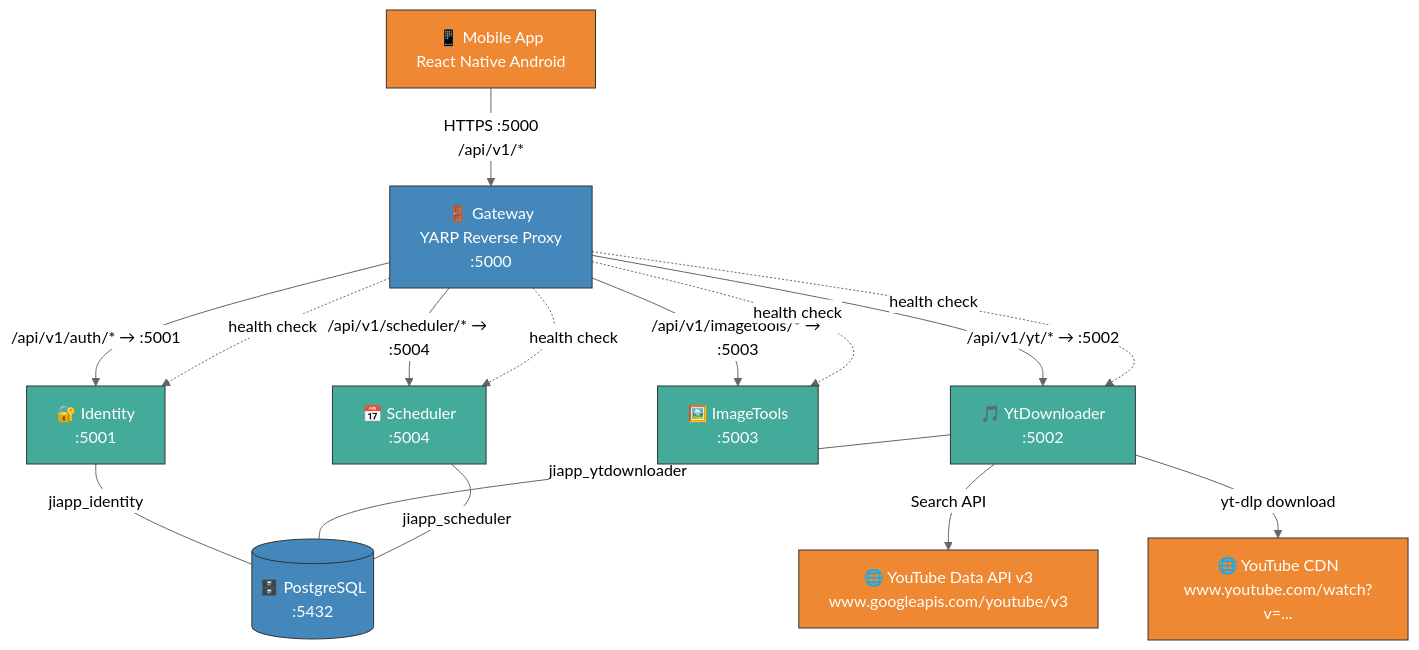
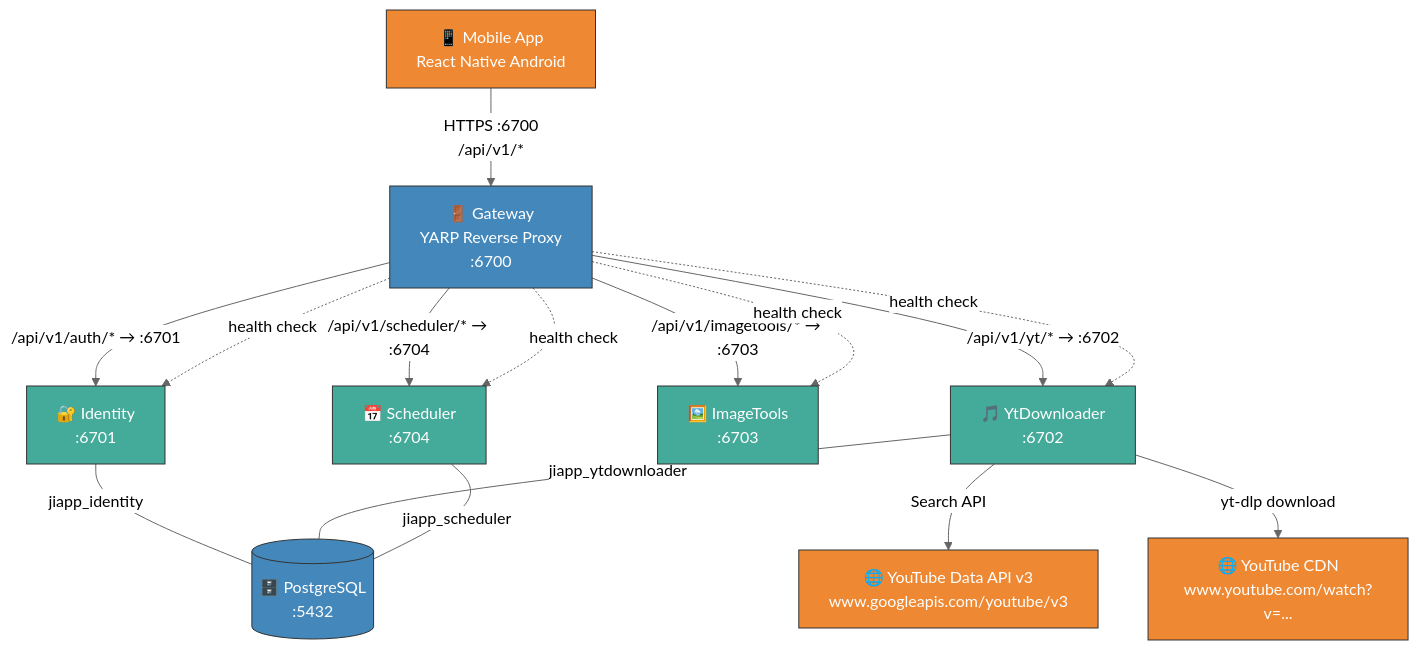
The diagram in URLS.md (JakubIwicki/JiApp), drawn with Mermaid (neutral theme) before and after one commit. The commit also changed other lines of this file and 33 other files, not shown here.

First line of the commit message:
feat: remap ports 50xx→67xx, HTTPS everywhere, YARP SSL bypass

````diff
--- a/URLS.md
+++ b/URLS.md
@@ -9,49 +9,49 @@
 ```mermaid
 graph TD
     %% External
     Mobile["📱 Mobile App<br/>React Native Android"]
     YouTube["🌐 YouTube Data API v3<br/>www.googleapis.com/youtube/v3"]
     YtDlp["🌐 YouTube CDN<br/>www.youtube.com/watch?v=..."]
 
     %% Infrastructure
     PG[("🗄️ PostgreSQL<br/>:5432")]
-    GW["🚪 Gateway<br/>YARP Reverse Proxy<br/>:5000"]
+    GW["🚪 Gateway<br/>YARP Reverse Proxy<br/>:6700"]
 
     %% Services
-    ID["🔐 Identity<br/>:5001"]
-    YT["🎵 YtDownloader<br/>:5002"]
-    IMG["🖼️ ImageTools<br/>:5003"]
-    SCH["📅 Scheduler<br/>:5004"]
+    ID["🔐 Identity<br/>:6701"]
+    YT["🎵 YtDownloader<br/>:6702"]
+    IMG["🖼️ ImageTools<br/>:6703"]
+    SCH["📅 Scheduler<br/>:6704"]
 
     %% Mobile → Gateway
-    Mobile -->|"HTTPS :5000<br/>/api/v1/*"| GW
+    Mobile -->|"HTTPS :6700<br/>/api/v1/*"| GW
 
     %% Gateway → Downstream (YARP routes)
-    GW -->|"/api/v1/auth/* → :5001"| ID
-    GW -->|"/api/v1/yt/* → :5002"| YT
-    GW -->|"/api/v1/imagetools/* → :5003"| IMG
-    GW -->|"/api/v1/scheduler/* → :5004"| SCH
+    GW -->|"/api/v1/auth/* → :6701"| ID
+    GW -->|"/api/v1/yt/* → :6702"| YT
+    GW -->|"/api/v1/imagetools/* → :6703"| IMG
+    GW -->|"/api/v1/scheduler/* → :6704"| SCH
 
     %% Gateway health probes
     GW -.->|"health check"| ID
     GW -.->|"health check"| YT
     GW -.->|"health check"| IMG
     GW -.->|"health check"| SCH
 
     %% Service → DB
     ID ---|"jiapp_identity"| PG
     YT ---|"jiapp_ytdownloader"| PG
     SCH ---|"jiapp_scheduler"| PG
 
     %% External calls
     YT -->|"Search API"| YouTube
     YT -->|"yt-dlp download"| YtDlp
 
     %% Styling
     classDef live fill:#4a9,stroke:#333,color:#fff
     classDef infra fill:#48b,stroke:#333,color:#fff
     classDef external fill:#e83,stroke:#333,color:#fff
     class GW,ID,YT,IMG,SCH live
     class PG,GW infra
     class YouTube,YtDlp,Mobile external
 ```
````
